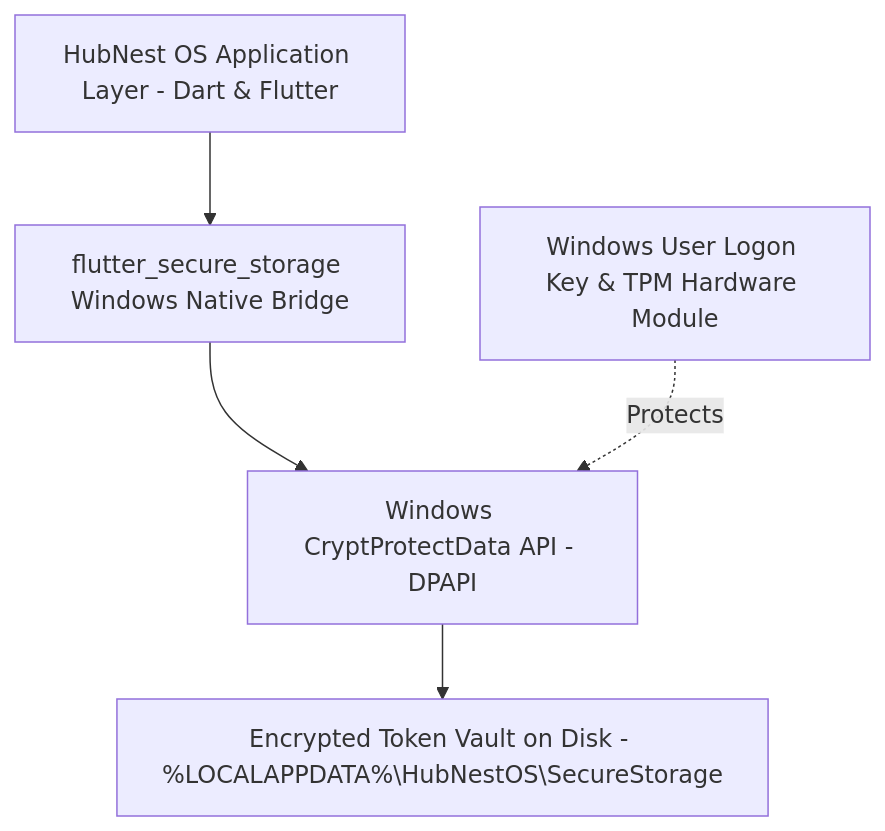
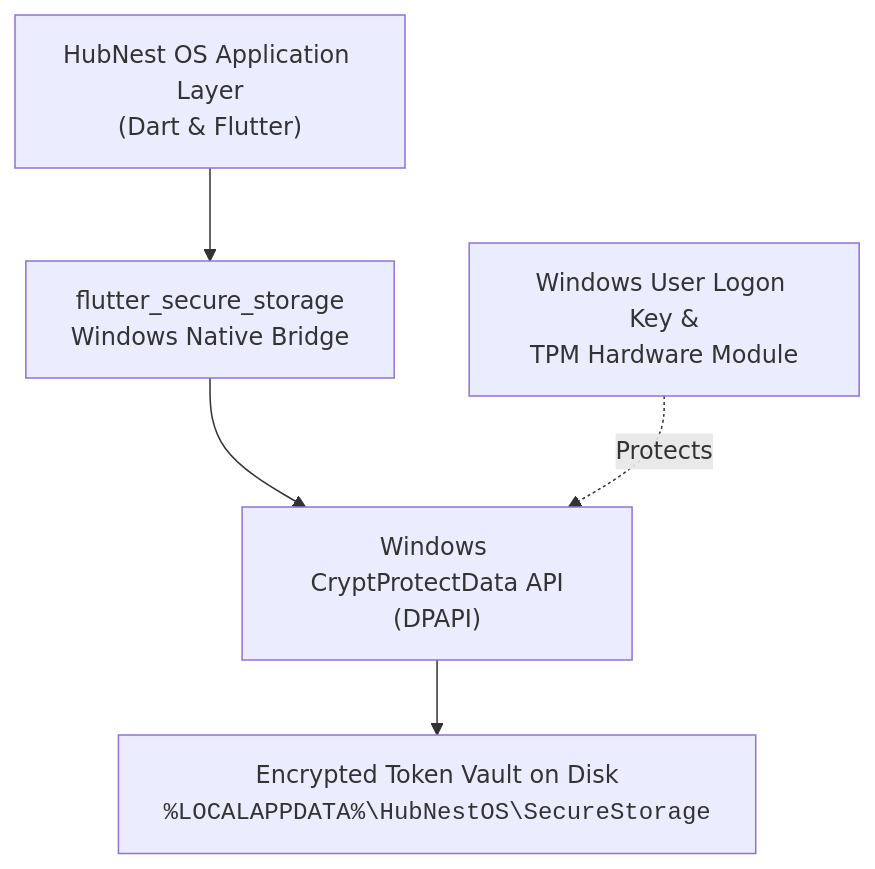
The third of 3 diagrams in docs/desktop/preferences.md (SRJ-GROUP/hubnest_user_guide), drawn with Mermaid before and after one commit. The commit also changed 161 other files, not shown here.

Commit message:
feat: complete HubMeet suite, supervisor portal docs, diagram fixes, and interactive eye-button zoom modal

````diff
--- a/docs/desktop/preferences.md
+++ b/docs/desktop/preferences.md
@@ -93,13 +93,13 @@
 ```mermaid
 graph TD
-    AppLayer[HubNest OS Application Layer - Dart & Flutter]
-    Bridge[flutter_secure_storage Windows Native Bridge]
-    DPAPI[Windows CryptProtectData API - DPAPI]
-    HardwareKey[Windows User Logon Key & TPM Hardware Module]
-    Storage[Encrypted Token Vault on Disk - %LOCALAPPDATA%\HubNestOS\SecureStorage]
+    AppLayer["HubNest OS Application Layer<br/>(Dart & Flutter)"]
+    Bridge["flutter_secure_storage<br/>Windows Native Bridge"]
+    DPAPI["Windows CryptProtectData API<br/>(DPAPI)"]
+    HardwareKey["Windows User Logon Key &<br/>TPM Hardware Module"]
+    Storage["Encrypted Token Vault on Disk<br/><code>%LOCALAPPDATA%\HubNestOS\SecureStorage</code>"]
 
     AppLayer --> Bridge
     Bridge --> DPAPI
     HardwareKey -.->|Protects| DPAPI
     DPAPI --> Storage
 ```
````
